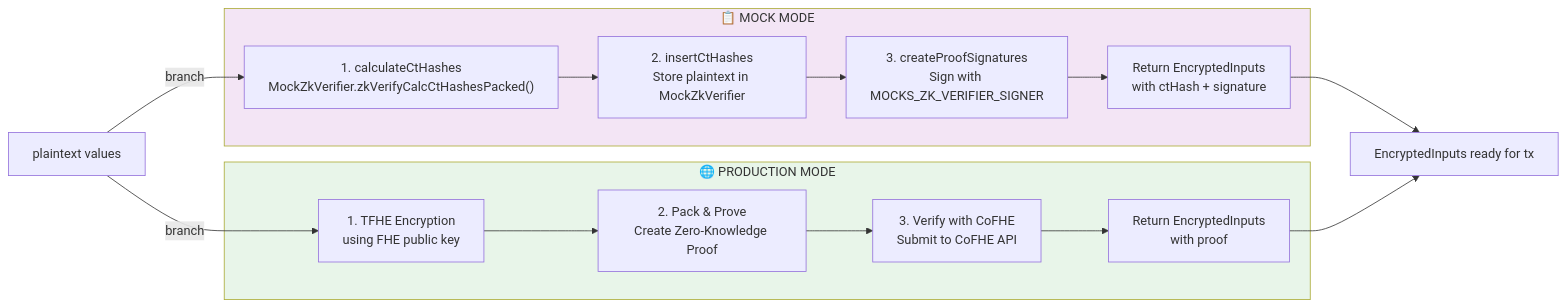
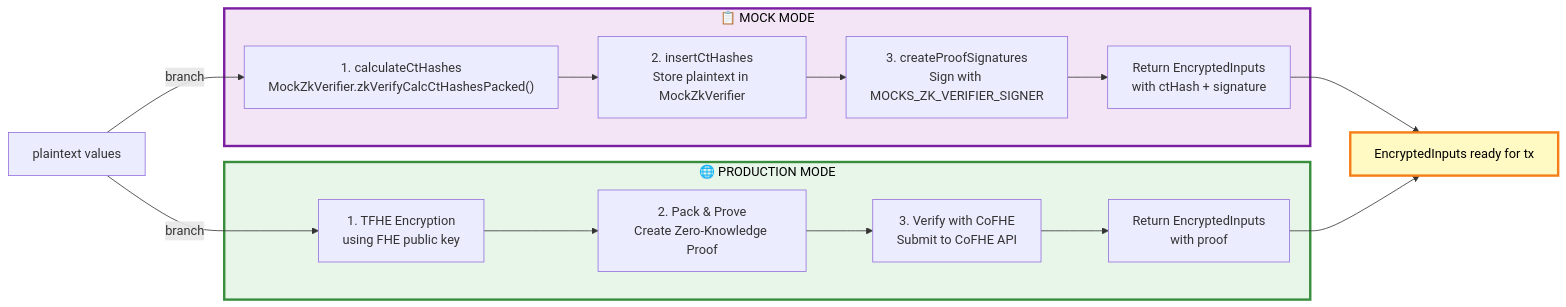
The second of 7 diagrams in ARCHITECTURE.md (FhenixProtocol/cofhesdk), drawn with Mermaid before and after one commit. The commit also changed other lines of this file, not shown here.

Commit message:
chore: architecture diagram: better colors for headings

````diff
--- a/ARCHITECTURE.md
+++ b/ARCHITECTURE.md
@@ -56,35 +57,36 @@
 ```mermaid
 graph LR
     Start["plaintext values"]
     
     subgraph Mock["📋 MOCK MODE"]
         M1["1. calculateCtHashes<br/>MockZkVerifier.zkVerifyCalcCtHashesPacked()"]
         M2["2. insertCtHashes<br/>Store plaintext in MockZkVerifier"]
         M3["3. createProofSignatures<br/>Sign with MOCKS_ZK_VERIFIER_SIGNER"]
         M4["Return EncryptedInputs<br/>with ctHash + signature"]
     end
     
     subgraph Prod["🌐 PRODUCTION MODE"]
         P1["1. TFHE Encryption<br/>using FHE public key"]
         P2["2. Pack & Prove<br/>Create Zero-Knowledge Proof"]
         P3["3. Verify with CoFHE<br/>Submit to CoFHE API"]
         P4["Return EncryptedInputs<br/>with proof"]
     end
     
     Start -->|branch| M1
     Start -->|branch| P1
     
     M1 --> M2
     M2 --> M3
     M3 --> M4
     
     P1 --> P2
     P2 --> P3
     P3 --> P4
     
     M4 --> End["EncryptedInputs ready for tx"]
     P4 --> End
     
-    style Mock fill:#f3e5f5
-    style Prod fill:#e8f5e9
+    style Mock fill:#f3e5f5,stroke:#7b1fa2,stroke-width:3px,color:#000
+    style Prod fill:#e8f5e9,stroke:#388e3c,stroke-width:3px,color:#000
+    style End fill:#fff9c4,stroke:#f57f17,stroke-width:3px,color:#000
 ```
````
